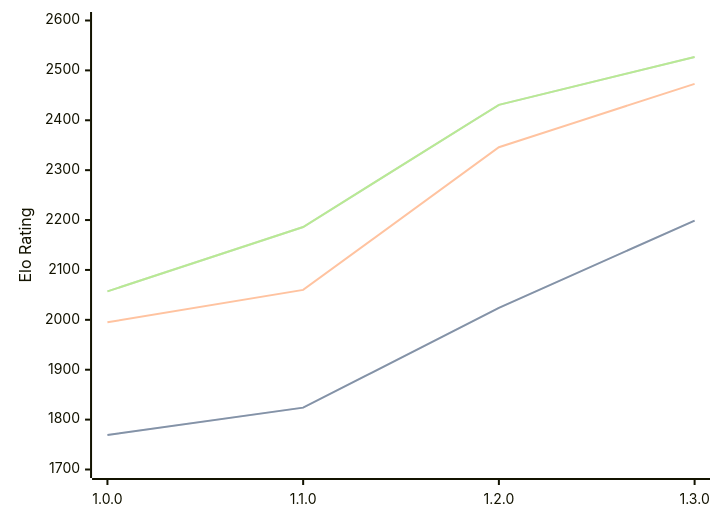
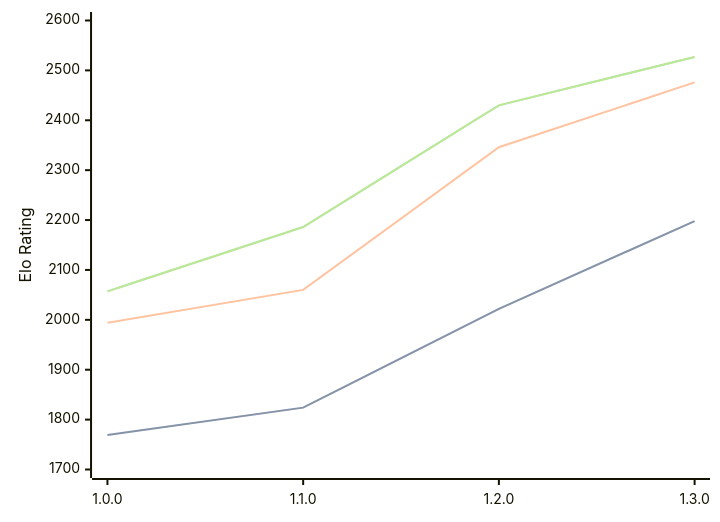
Before and after one commit to computer-chess-index/cci: the diagram in engines/Anodos.md, drawn with Mermaid. The commit also changed other lines of this file, not shown here.

Commit message:
Update CCI Ratings (ELO VLTC) - 2026-04-16

````diff
--- a/engines/Anodos.md
+++ b/engines/Anodos.md
@@ -45,11 +45,11 @@
 ```mermaid
 %%{init: {"theme":"base","themeVariables":{"seriesColors:['#a3a3a3','#222221','#faa371']}}}%%
 xychart-beta
   x-axis ["1.0.0", "1.1.0", "1.2.0", "1.3.0"]
   y-axis "Elo Rating" 1700 --> 2600
-  line "STC (8.0+0.08s)" [1769, 1824, 2024, 2199]
-  line "STC (8.0+0.08s)" [1769, 1824, 2024, 2199]
-  line "LTC (60.0+0.60s)" [1995, 2060, 2346, 2473]
-  line "VLTC (2m24s+1.12s)" [2057, 2186, 2431, 2527]
-  line "VLTC (2m24s+1.12s)" [2057, 2186, 2431, 2527]
+  line "STC (8.0+0.08s)" [1769, 1824, 2022, 2198]
+  line "STC (8.0+0.08s)" [1769, 1824, 2022, 2198]
+  line "LTC (60.0+0.60s)" [1994, 2060, 2346, 2476]
+  line "VLTC (2m24s+1.12s)" [2057, 2186, 2430, 2527]
+  line "VLTC (2m24s+1.12s)" [2057, 2186, 2430, 2527]
 ```
````
